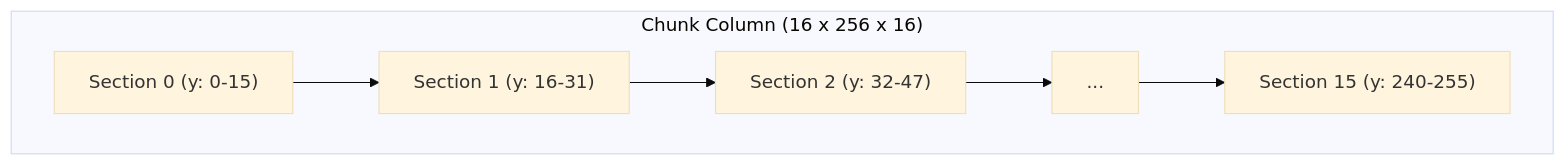
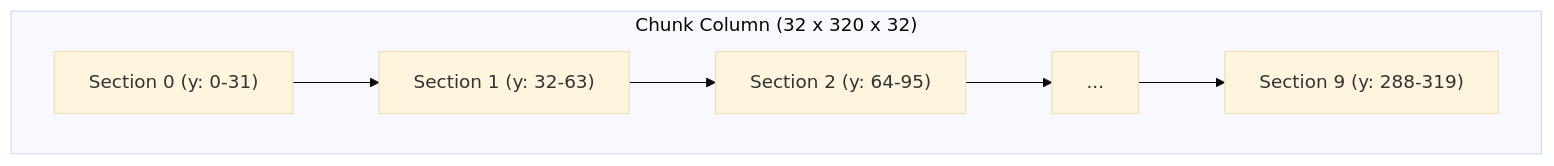
One commit to ItsRiprod/doctale changed the second of 2 diagrams in src/content/docs/plugin-development/world/overview.mdx. Above: the diagram before and after it, drawn with Mermaid (base theme). The commit also changed other lines of this file and 74 other files, not shown here.

````diff
--- a/src/content/docs/plugin-development/world/overview.mdx
+++ b/src/content/docs/plugin-development/world/overview.mdx
@@ -326,12 +314,12 @@
 ```mermaid
 flowchart TB
-    subgraph Chunk["Chunk Column (16 x 256 x 16)"]
-        S0["Section 0 (y: 0-15)"]
-        S1["Section 1 (y: 16-31)"]
-        S2["Section 2 (y: 32-47)"]
+    subgraph Chunk["Chunk Column (32 x 320 x 32)"]
+        S0["Section 0 (y: 0-31)"]
+        S1["Section 1 (y: 32-63)"]
+        S2["Section 2 (y: 64-95)"]
         SD["..."]
-        S15["Section 15 (y: 240-255)"]
+        S9["Section 9 (y: 288-319)"]
     end
 
-    S0 --> S1 --> S2 --> SD --> S15
+    S0 --> S1 --> S2 --> SD --> S9
 ```
````
